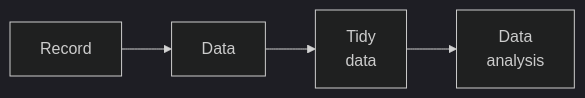
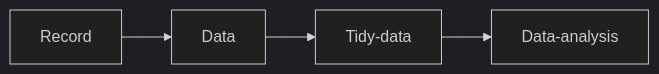
One commit to drkmenon/myknotes changed the first of 7 diagrams in Biomedical/Research Methodology/wrangling.qmd. Above: the diagram before and after it, drawn with Mermaid (dark theme). The commit also changed other lines of this file and 178 other files, not shown here.

````diff
--- a/Biomedical/Research Methodology/wrangling.qmd
+++ b/Biomedical/Research Methodology/wrangling.qmd
@@ -8,5 +8,5 @@
 ```{mermaid}
 flowchart LR
-    Record --> Data --> Tidy\ndata --> Data\nanalysis
+    Record --> Data --> Tidy-data --> Data-analysis
     
 ```
````
